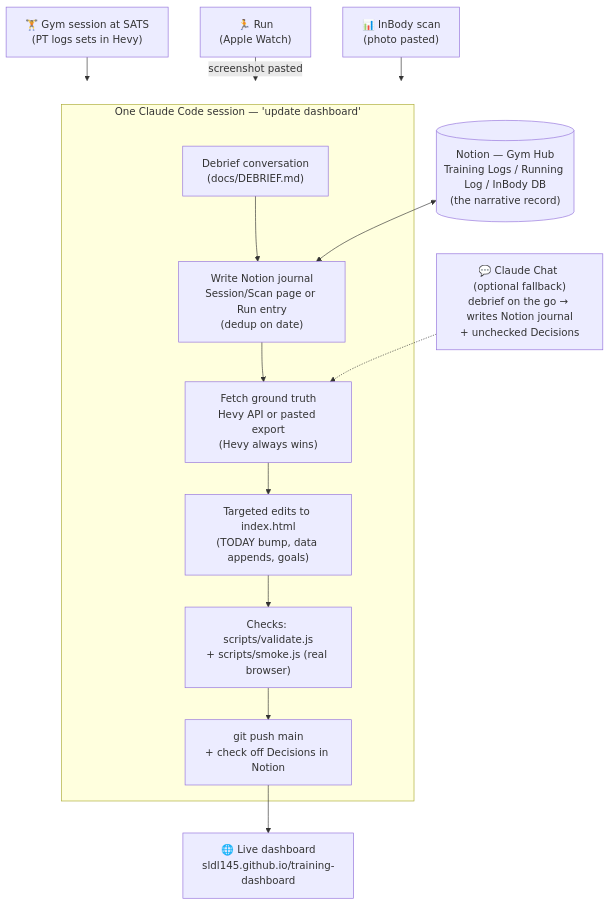
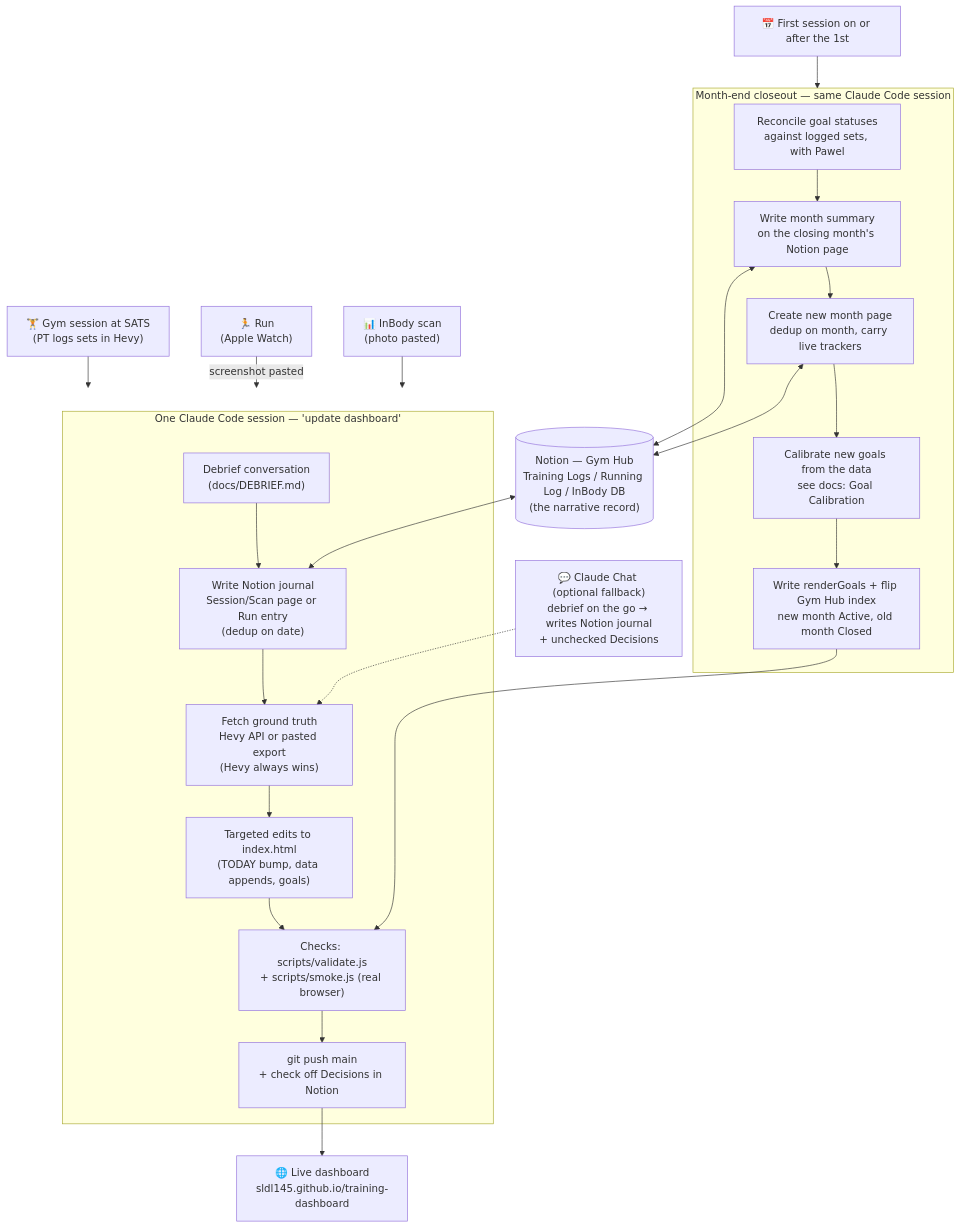
Before and after one commit to sldl145/training-dashboard: the diagram in README.md, drawn with Mermaid. The commit also changed 3 other files, not shown here.

````diff
--- a/README.md
+++ b/README.md
@@ -16,20 +16,33 @@
 ```mermaid
 flowchart TD
     GYM["🏋️ Gym session at SATS<br/>(PT logs sets in Hevy)"] --> SESSION
     RUN["🏃 Run<br/>(Apple Watch)"] -->|screenshot pasted| SESSION
     SCAN["📊 InBody scan<br/>(photo pasted)"] --> SESSION
 
     subgraph SESSION["One Claude Code session — 'update dashboard'"]
         D1["Debrief conversation<br/>(docs/DEBRIEF.md)"] --> D2["Write Notion journal<br/>Session/Scan page or Run entry<br/>(dedup on date)"]
         D2 --> D3["Fetch ground truth<br/>Hevy API or pasted export<br/>(Hevy always wins)"]
         D3 --> D4["Targeted edits to index.html<br/>(TODAY bump, data appends, goals)"]
         D4 --> D5["Checks: scripts/validate.js<br/>+ scripts/smoke.js (real browser)"]
         D5 --> D6["git push main<br/>+ check off Decisions in Notion"]
     end
 
     CHAT["💬 Claude Chat (optional fallback)<br/>debrief on the go → writes Notion journal<br/>+ unchecked Decisions"] -.-> D3
 
     D6 --> LIVE["🌐 Live dashboard<br/>sldl145.github.io/training-dashboard"]
 
     NOTION[("Notion — Gym Hub<br/>Training Logs / Running Log / InBody DB<br/>(the narrative record)")] <--> D2
+
+    MONTH["📅 First session on or after the 1st"] --> CLOSE
+
+    subgraph CLOSE["Month-end closeout — same Claude Code session"]
+        C1["Reconcile goal statuses<br/>against logged sets, with Pawel"] --> C2["Write month summary<br/>on the closing month's Notion page"]
+        C2 --> C3["Create new month page<br/>dedup on month, carry live trackers"]
+        C3 --> C4["Calibrate new goals from the data<br/>see docs: Goal Calibration"]
+        C4 --> C5["Write renderGoals + flip Gym Hub index<br/>new month Active, old month Closed"]
+    end
+
+    C5 --> D5
+    C2 <--> NOTION
+    C3 <--> NOTION
 ```
````
